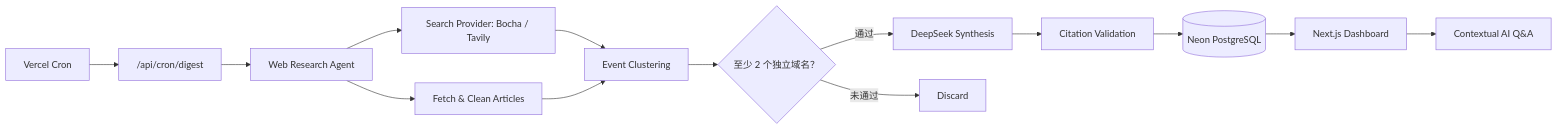
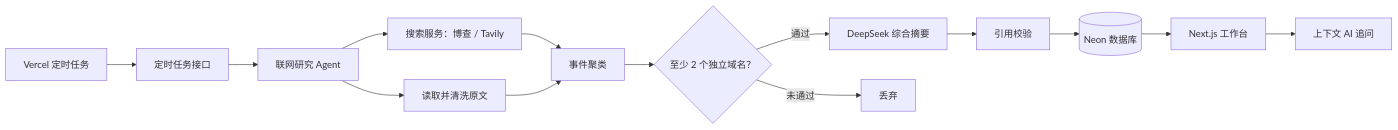
Before and after one commit to xcymm3/News: the diagram in README.md, drawn with Mermaid.

Commit message:
docs: localize architecture diagram

````diff
--- a/README.md
+++ b/README.md
@@ -17,16 +17,16 @@
 ```mermaid
 flowchart LR
-  cron["Vercel Cron"] --> route["/api/cron/digest"]
-  route --> agent["Web Research Agent"]
-  agent --> search["Search Provider: Bocha / Tavily"]
-  agent --> fetch["Fetch & Clean Articles"]
-  search --> cluster["Event Clustering"]
+  cron["Vercel 定时任务"] --> route["定时任务接口"]
+  route --> agent["联网研究 Agent"]
+  agent --> search["搜索服务：博查 / Tavily"]
+  agent --> fetch["读取并清洗原文"]
+  search --> cluster["事件聚类"]
   fetch --> cluster
   cluster --> gate{"至少 2 个独立域名？"}
-  gate -->|通过| llm["DeepSeek Synthesis"]
-  gate -->|未通过| discard["Discard"]
-  llm --> validate["Citation Validation"]
-  validate --> db[("Neon PostgreSQL")]
-  db --> web["Next.js Dashboard"]
-  web --> chat["Contextual AI Q&A"]
+  gate -->|通过| llm["DeepSeek 综合摘要"]
+  gate -->|未通过| discard["丢弃"]
+  llm --> validate["引用校验"]
+  validate --> db[("Neon 数据库")]
+  db --> web["Next.js 工作台"]
+  web --> chat["上下文 AI 追问"]
 ```
````
